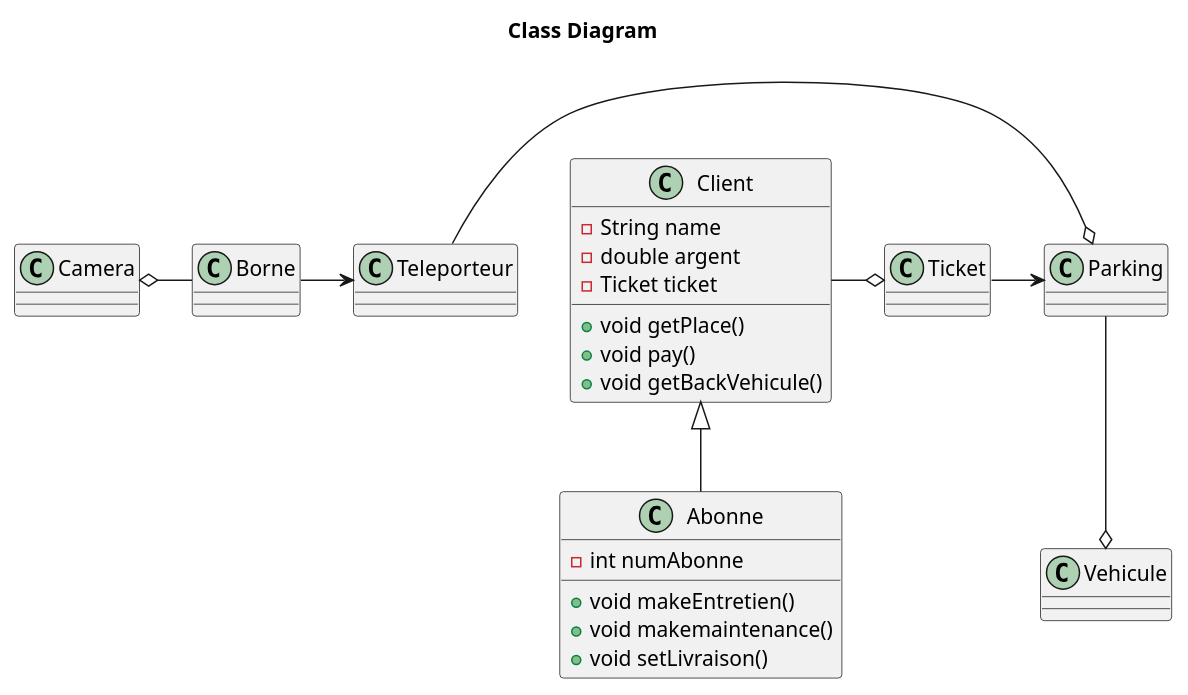
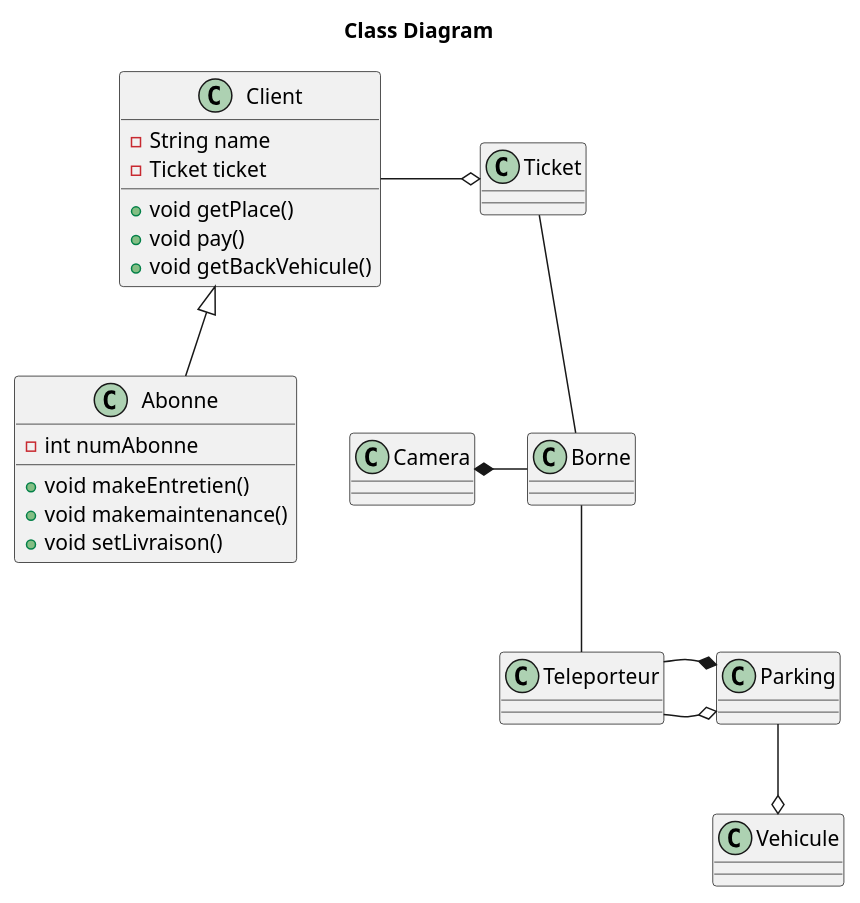
Before and after one commit to YoannGa/PTUT2018: the diagram in Documentation/class.pu, drawn with PlantUML. The commit also changed 1 other file, not shown here.

```diff
--- a/Documentation/class.pu
+++ b/Documentation/class.pu
@@ -1,54 +1,55 @@
 @startuml
 
 title Class Diagram
 
 
 class Client {
   - String name
-  - double argent
   - Ticket ticket
   +void getPlace()
   +void pay()
   +void getBackVehicule()
 }
 
 class Abonne {
   -int numAbonne
   +void makeEntretien()
   +void makemaintenance()
   +void setLivraison()
 }
 
 class Teleporteur{
 
 }
 
 class Parking{
 
 }
 
 class Borne{
 
 }
 
 class Camera{
 
 
 }
 
 class Vehicule{
 
 }
 
 class Ticket{
 
 }
 
 Parking --o Vehicule
-Ticket -> Parking
+Ticket -- Borne
 Client -o Ticket
 Client <|-- Abonne
-Borne -> Teleporteur
-Camera o- Borne
+Borne -- Teleporteur
+Camera *- Borne
 Teleporteur -o Parking
+Teleporteur -* Parking
+
 @enduml
```
